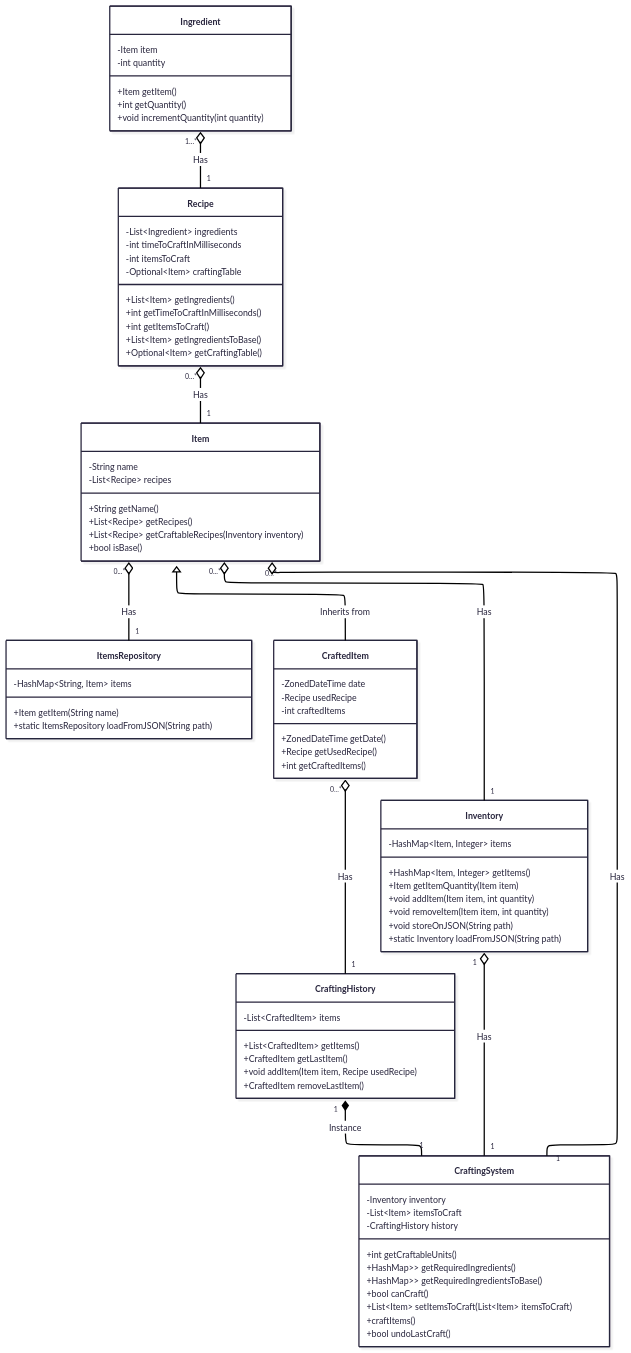
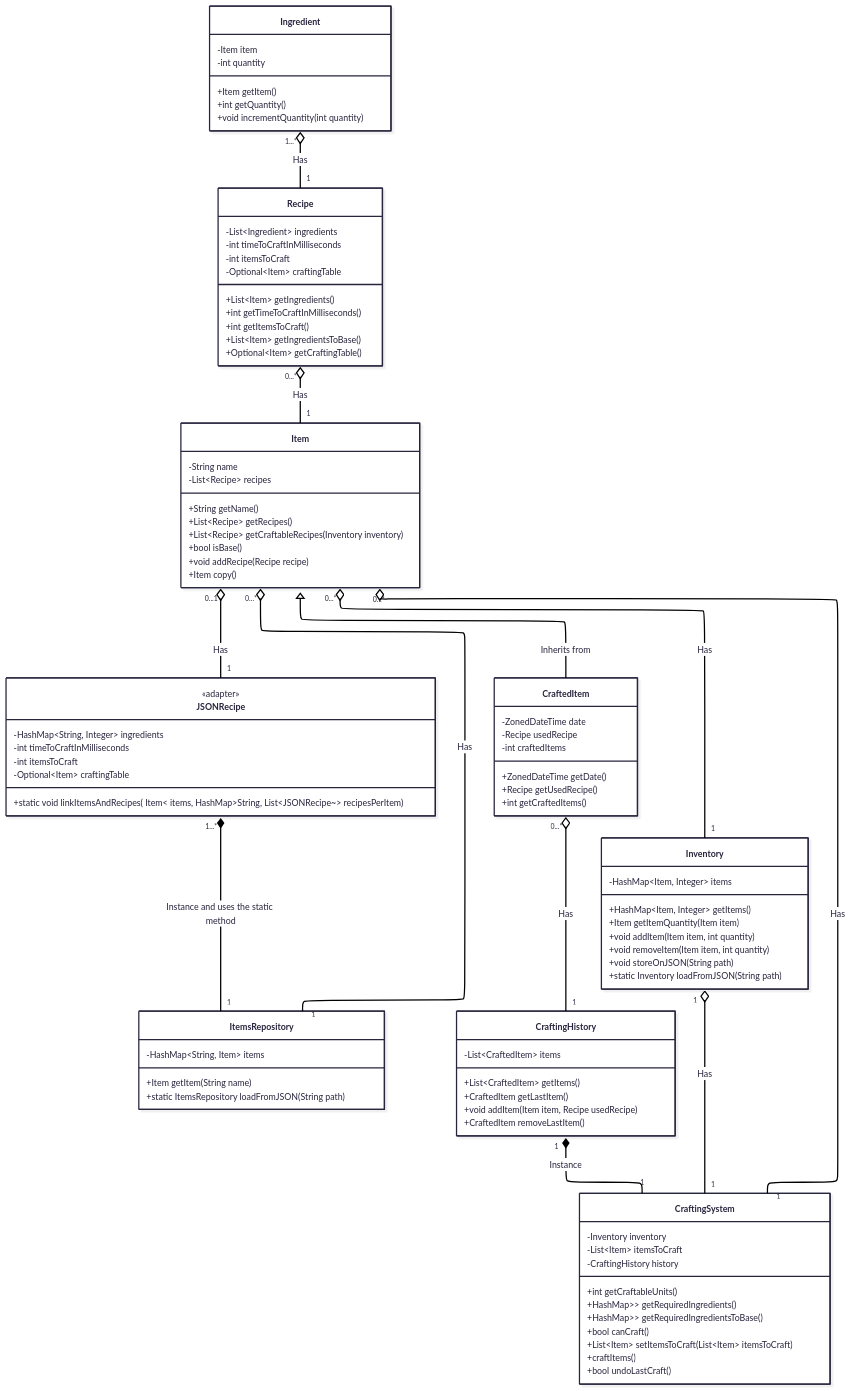
The first of 2 diagrams in README.md (hozlucas28/Java-Practical-Work-2025), drawn with Mermaid before and after one commit. The commit also changed 3 other files, not shown here.

Commit message:
feature(ItemsRepository): develop logic of `loadFromJSON` method

```diff
--- a/README.md
+++ b/README.md
@@ -111,6 +111,8 @@
         +static ItemsRepository loadFromJSON(String path)
     }
 
+
+
     class Item {
 	    -String name
 	    -List~Recipe~ recipes
@@ -119,6 +121,8 @@
 	    +List~Recipe~ getRecipes()
 	    +List~Recipe~ getCraftableRecipes(Inventory inventory)
 	    +bool isBase()
+        +void addRecipe(Recipe recipe)
+        +Item copy()
     }
 
     class Recipe {
@@ -132,6 +136,17 @@
 	    +int getItemsToCraft()
 	    +List~Item~ getIngredientsToBase()
 	    +Optional~Item~ getCraftingTable()
+    }
+
+    class JSONRecipe {
+        <<adapter>>
+
+	    -HashMap~String, Integer~ ingredients
+	    -int timeToCraftInMilliseconds
+	    -int itemsToCraft
+	    -Optional~Item~ craftingTable
+
+	    +static void linkItemsAndRecipes(HashMap~String, Item~ items, HashMap~String, List~JSONRecipe~~ recipesPerItem)
     }
 
     class Inventory {
@@ -188,6 +203,7 @@
     }
 
     Item "0...*" o-- "1" ItemsRepository : Has
+    JSONRecipe "1...*" *-- "1" ItemsRepository : Instance and uses the static method
 
     Recipe "0...*" o-- "1" Item : Has
 
@@ -197,6 +213,8 @@
 
     Ingredient "1...*" o-- "1" Recipe : Has
 
+    Item "0...1" o-- "1" JSONRecipe : Has
+
     Item "0...*" o-- "1" CraftingSystem : Has
     Inventory "1" o-- "1" CraftingSystem : Has
     CraftingHistory "1" *-- "1" CraftingSystem : Instance
```
